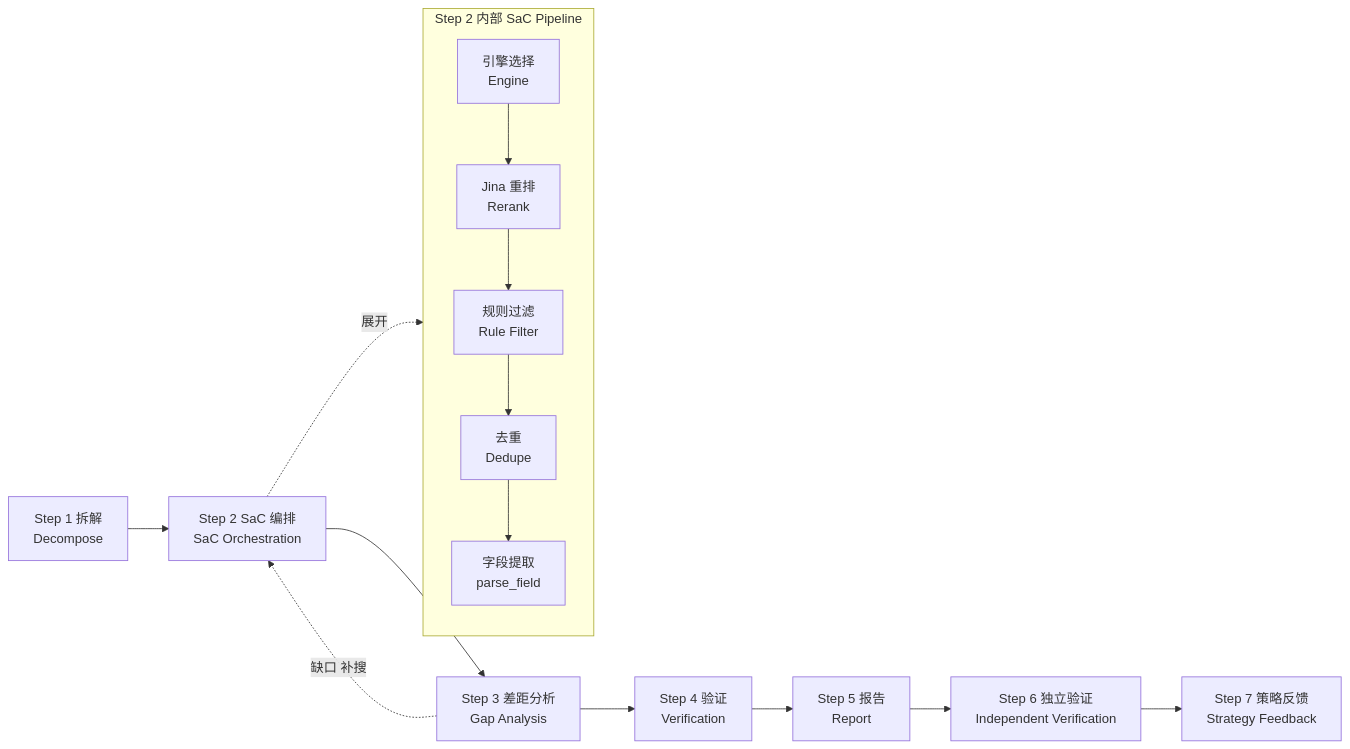
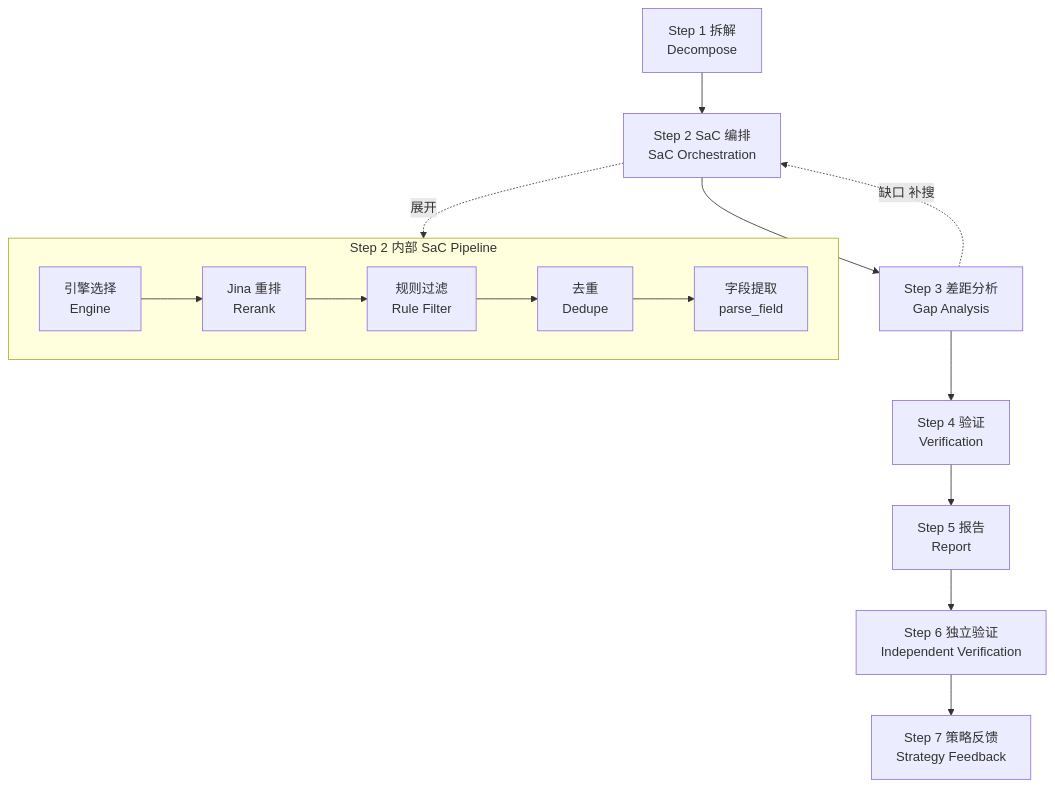
The diagram in README.md (yangclay/david-skill-deep-research), drawn with Mermaid before and after one commit.

Commit message:
fix: mermaid layout TD for GitHub readability (vertical flow fits README width)

````diff
--- a/README.md
+++ b/README.md
@@ -26,19 +26,19 @@
 ```mermaid
-graph LR
+graph TD
     S1["Step 1 拆解<br/>Decompose"] --> S2["Step 2 SaC 编排<br/>SaC Orchestration"]
     S2 --> S3["Step 3 差距分析<br/>Gap Analysis"]
     S3 --> S4["Step 4 验证<br/>Verification"]
     S4 --> S5["Step 5 报告<br/>Report"]
     S5 --> S6["Step 6 独立验证<br/>Independent Verification"]
     S6 --> S7["Step 7 策略反馈<br/>Strategy Feedback"]
 
     subgraph PIPE["Step 2 内部 SaC Pipeline"]
         E1["引擎选择<br/>Engine"] --> E2["Jina 重排<br/>Rerank"]
         E2 --> E3["规则过滤<br/>Rule Filter"]
         E3 --> E4["去重<br/>Dedupe"]
         E4 --> E5["字段提取<br/>parse_field"]
     end
 
     S2 -. "展开" .-> PIPE
     S3 -. "缺口 补搜" .-> S2
 ```
````
